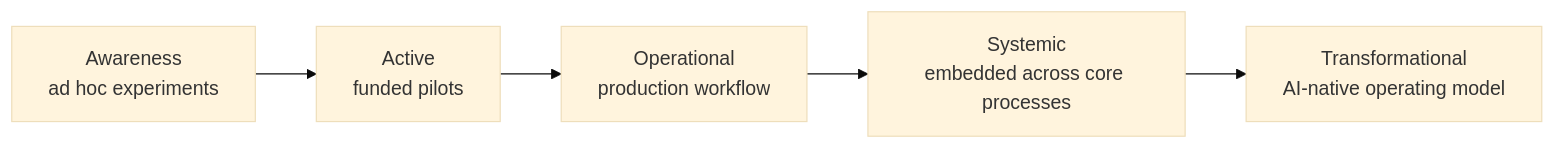
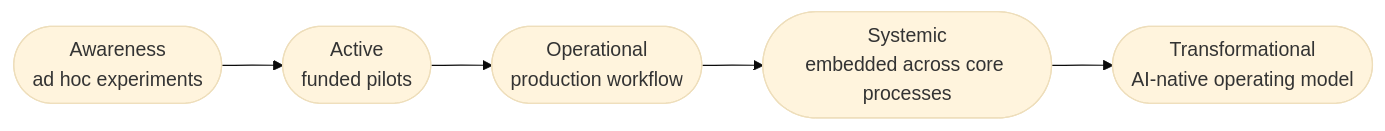
One commit to Sunparus/ai-native-product-ops changed the diagram in docs/domains/ai-adoption-maturity/index.md. Above: the diagram before and after it, drawn with Mermaid (base theme). The commit also changed 11 other files, not shown here.

````diff
--- a/docs/domains/ai-adoption-maturity/index.md
+++ b/docs/domains/ai-adoption-maturity/index.md
@@ -11,7 +11,7 @@
 ```mermaid
 flowchart LR
-    A[Awareness<br/>ad hoc experiments] --> B[Active<br/>funded pilots]
-    B --> C[Operational<br/>production workflow]
-    C --> D[Systemic<br/>embedded across core processes]
-    D --> E[Transformational<br/>AI-native operating model]
+    A(["Awareness<br/>ad hoc experiments"]) --> B(["Active<br/>funded pilots"])
+    B --> C(["Operational<br/>production workflow"])
+    C --> D(["Systemic<br/>embedded across core processes"])
+    D --> E(["Transformational<br/>AI-native operating model"])
 ```
````
